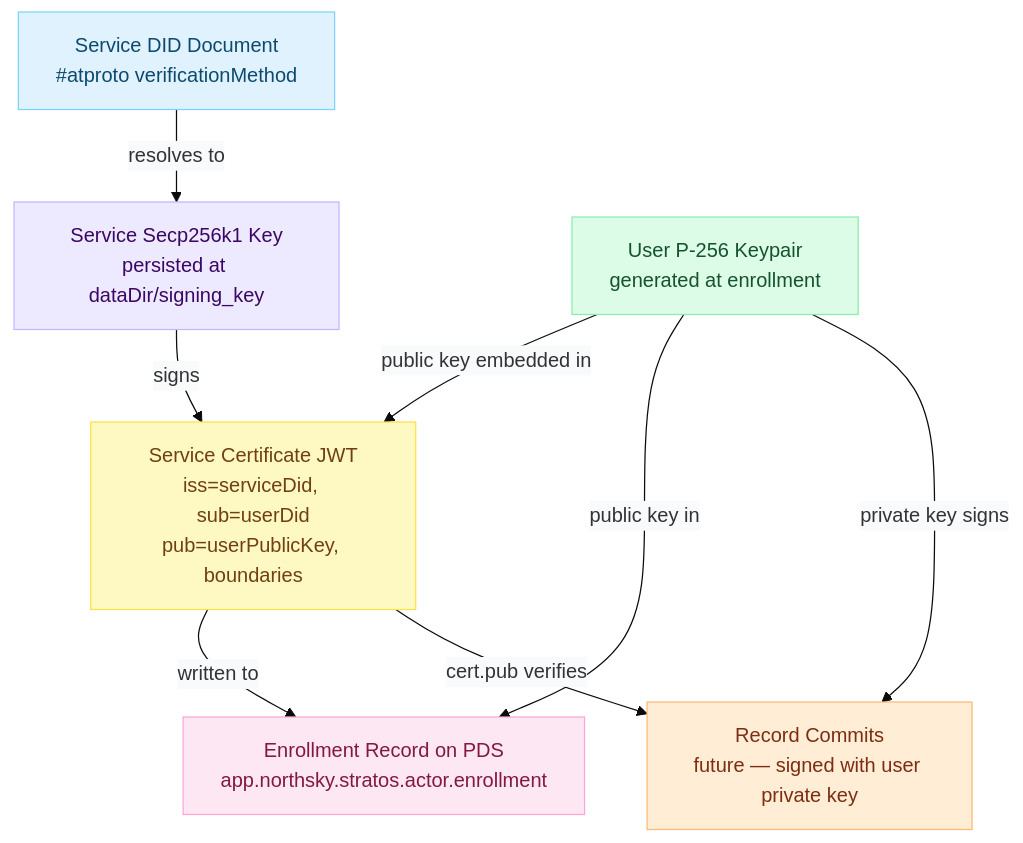
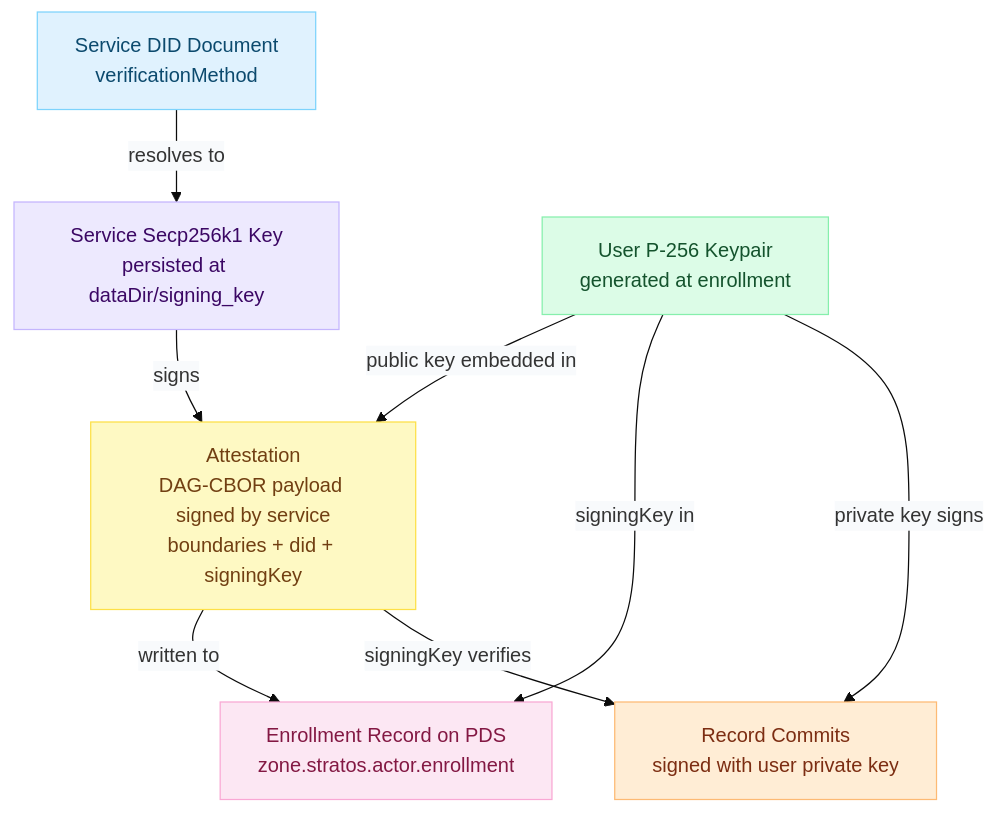
The third of 4 diagrams in docs/enrollment-signing.md (NorthskySocial/stratos), drawn with Mermaid before and after one commit. The commit also changed other lines of this file, not shown here.

Commit message:
Update enrollment

````diff
--- a/docs/enrollment-signing.md
+++ b/docs/enrollment-signing.md
@@ -99,32 +176,32 @@
 ```mermaid
 %%{init: {'theme': 'base', 'themeVariables': {'edgeLabelBackground': '#f8fafc', 'tertiaryColor': '#f1f5f9'}}}%%
 flowchart TD
     SK[Service Secp256k1 Key
 persisted at dataDir/signing_key]
     SD[Service DID Document
-#atproto verificationMethod]
-    CERT[Service Certificate JWT
-iss=serviceDid, sub=userDid
-pub=userPublicKey, boundaries]
+verificationMethod]
+    ATT[Attestation
+DAG-CBOR payload signed by service
+boundaries + did + signingKey]
     UK[User P-256 Keypair
 generated at enrollment]
     ER[Enrollment Record on PDS
-app.northsky.stratos.actor.enrollment]
+zone.stratos.actor.enrollment]
     RC[Record Commits
-future — signed with user private key]
+signed with user private key]
 
-    SK -->|signs| CERT
+    SK -->|signs| ATT
     SD -->|resolves to| SK
-    UK -->|public key embedded in| CERT
-    CERT -->|written to| ER
-    UK -->|public key in| ER
+    UK -->|public key embedded in| ATT
+    ATT -->|written to| ER
+    UK -->|signingKey in| ER
     UK -->|private key signs| RC
-    CERT -->|cert.pub verifies| RC
+    ATT -->|signingKey verifies| RC
 
     style SK fill:#ede9fe,stroke:#c4b5fd,color:#3b0764
     style SD fill:#e0f2fe,stroke:#7dd3fc,color:#0c4a6e
-    style CERT fill:#fef9c3,stroke:#fde047,color:#713f12
+    style ATT fill:#fef9c3,stroke:#fde047,color:#713f12
     style UK fill:#dcfce7,stroke:#86efac,color:#14532d
     style ER fill:#fce7f3,stroke:#f9a8d4,color:#831843
     style RC fill:#ffedd5,stroke:#fdba74,color:#7c2d12
 ```
````
